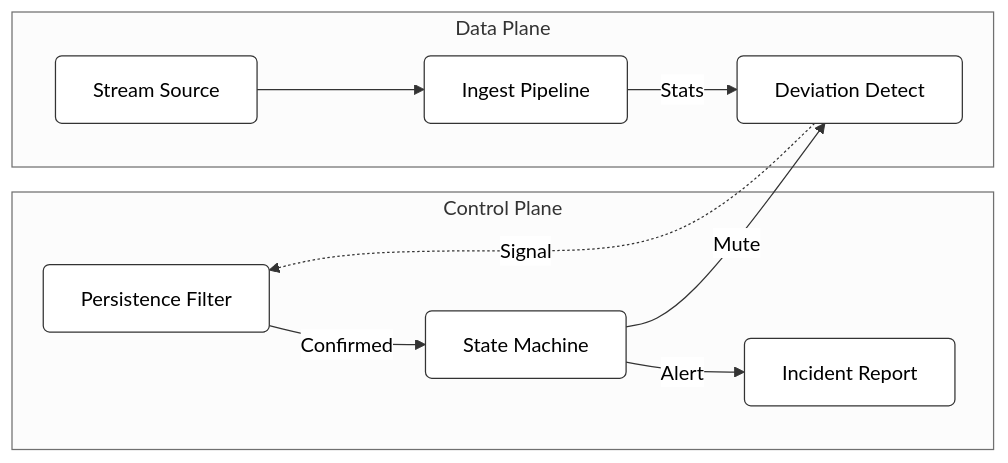
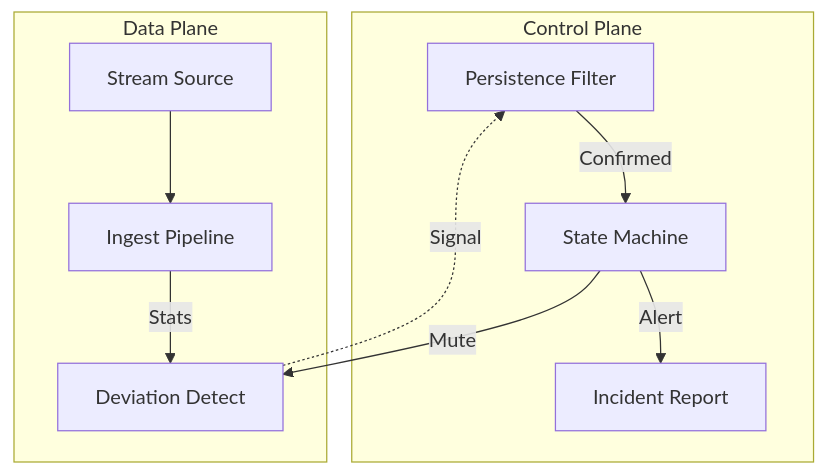
One commit to Mihirmaru22/BLACKICE changed the diagram in README.md. Above: the diagram before and after it, drawn with Mermaid.

Commit message:
docs: simplify mermaid diagram to prevent clipping

````diff
--- a/README.md
+++ b/README.md
@@ -27,38 +27,29 @@
 ```mermaid
-%%{init: {'theme': 'neutral', 'flowchart': {'curve': 'basis'}}}%%
-
-graph LR
+graph TD
   %% 1. Define Subgraphs
   subgraph Control["Control Plane"]
     PF["Persistence Filter"]
     SM["State Machine"]
     IR["Incident Report"]
   end
 
   subgraph Data["Data Plane"]
     SS["Stream Source"]
     IP["Ingest Pipeline"]
     DD["Deviation Detect"]
   end
 
   %% 2. Data Plane Flow
   SS --> IP
   IP -->|Stats| DD
 
   %% 3. Cross-Layer Signal
   DD -.->|Signal| PF
 
   %% 4. Control Plane Flow
   PF -->|Confirmed| SM
   SM -->|Alert| IR
 
   %% 5. Feedback Loop
   SM -->|Mute| DD
-
-  %% 6. Styling
-  classDef box fill:#fff,stroke:#333,stroke-width:1px,rx:5,ry:5;
-  class SS,IP,DD,PF,SM,IR box;
-  
-  %% Force connectors to be simple
-  linkStyle default stroke:#333,stroke-width:1px,fill:none;
 ```
````
